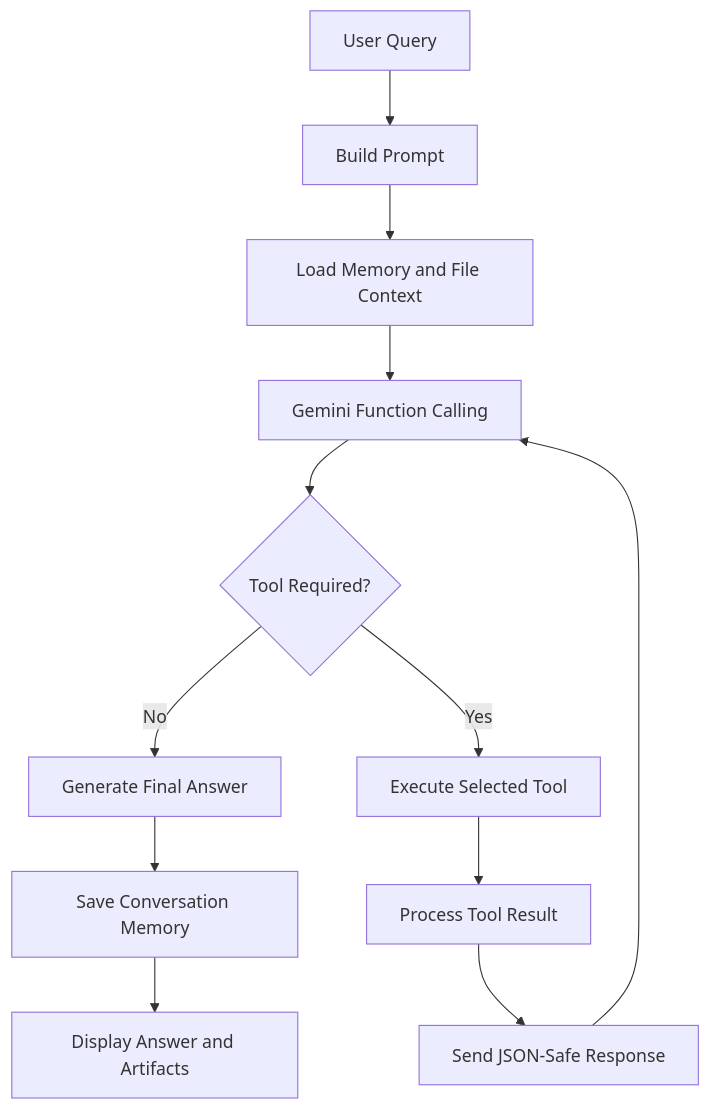
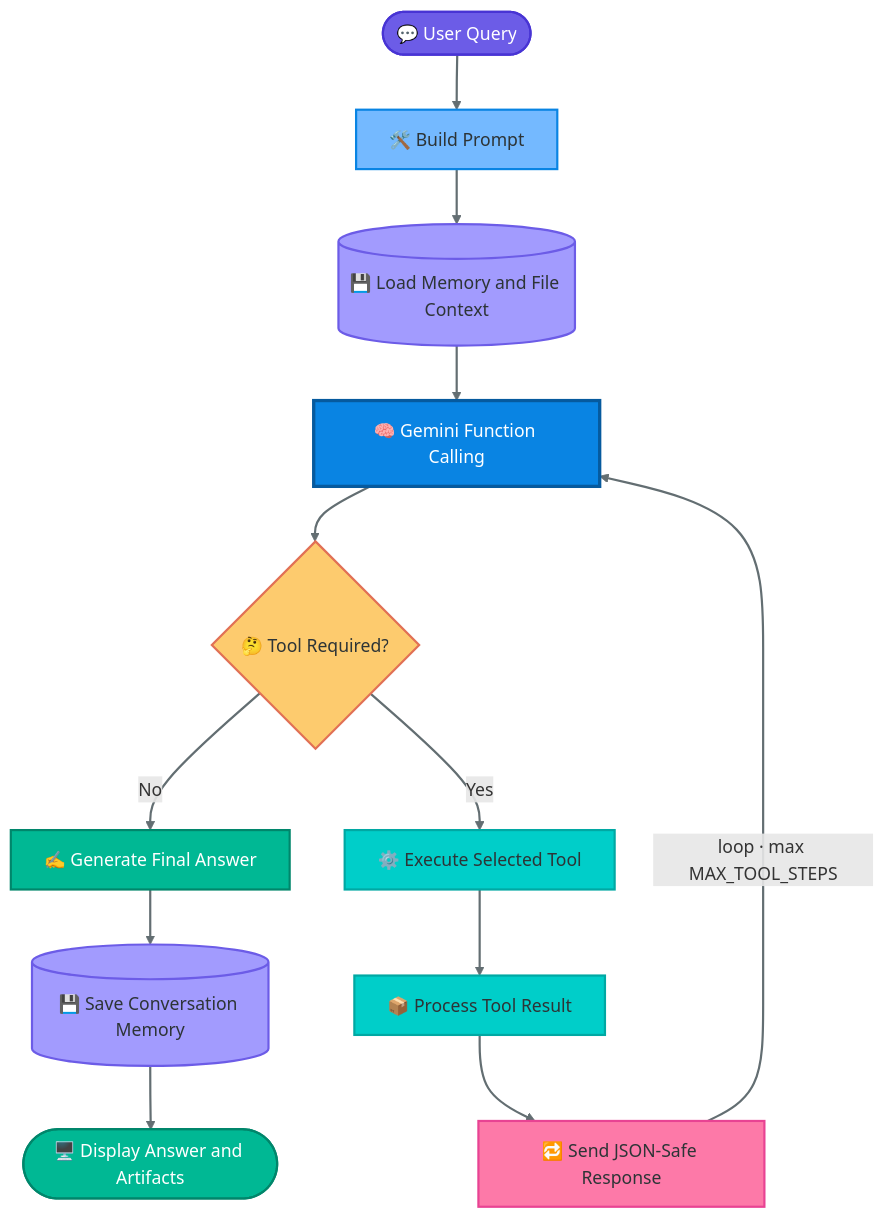
Before and after one commit to AkhilReddySankati/Multimodal-AI-Personal-Assistant: the third of 3 diagrams in README.md, drawn with Mermaid. The commit also changed other lines of this file, not shown here.

First line of the commit message:
Enhance flowcharts in README.md

````diff
--- a/README.md
+++ b/README.md
@@ -172,17 +224,36 @@
 ```mermaid
 flowchart TD
-    A["User Query"] --> B["Build Prompt"]
-    B --> C["Load Memory and File Context"]
-    C --> D["Gemini Function Calling"]
-    D --> E{"Tool Required?"}
+    A(["💬 User Query"]) --> B["🛠️ Build Prompt"]
+    B --> C[("💾 Load Memory and File Context")]
+    C --> D["🧠 Gemini Function Calling"]
+    D --> E{"🤔 Tool Required?"}
 
-    E -->|No| F["Generate Final Answer"]
-    E -->|Yes| G["Execute Selected Tool"]
+    E -->|No| F["✍️ Generate Final Answer"]
+    E -->|Yes| G["⚙️ Execute Selected Tool"]
 
-    G --> H["Process Tool Result"]
-    H --> I["Send JSON-Safe Response"]
-    I --> D
+    G --> H["📦 Process Tool Result"]
+    H --> I["🔁 Send JSON-Safe Response"]
+    I -->|"loop · max MAX_TOOL_STEPS"| D
 
-    F --> J["Save Conversation Memory"]
-    J --> K["Display Answer and Artifacts"]
+    F --> J[("💾 Save Conversation Memory")]
+    J --> K(["🖥️ Display Answer and Artifacts"])
+
+    classDef start fill:#6C5CE7,stroke:#4834D4,stroke-width:2px,color:#fff
+    classDef prep fill:#74B9FF,stroke:#0984E3,stroke-width:2px,color:#2D3436
+    classDef memory fill:#A29BFE,stroke:#6C5CE7,stroke-width:2px,color:#2D3436
+    classDef llm fill:#0984E3,stroke:#065A9E,stroke-width:3px,color:#fff
+    classDef decision fill:#FDCB6E,stroke:#E17055,stroke-width:2px,color:#2D3436
+    classDef tool fill:#00CEC9,stroke:#00A8A3,stroke-width:2px,color:#2D3436
+    classDef loop fill:#FD79A8,stroke:#E84393,stroke-width:2px,color:#2D3436
+    classDef final fill:#00B894,stroke:#00866B,stroke-width:2px,color:#fff
+
+    class A start
+    class B prep
+    class C,J memory
+    class D llm
+    class E decision
+    class G,H tool
+    class I loop
+    class F,K final
+    linkStyle default stroke:#636E72,stroke-width:2px
 ```
````
